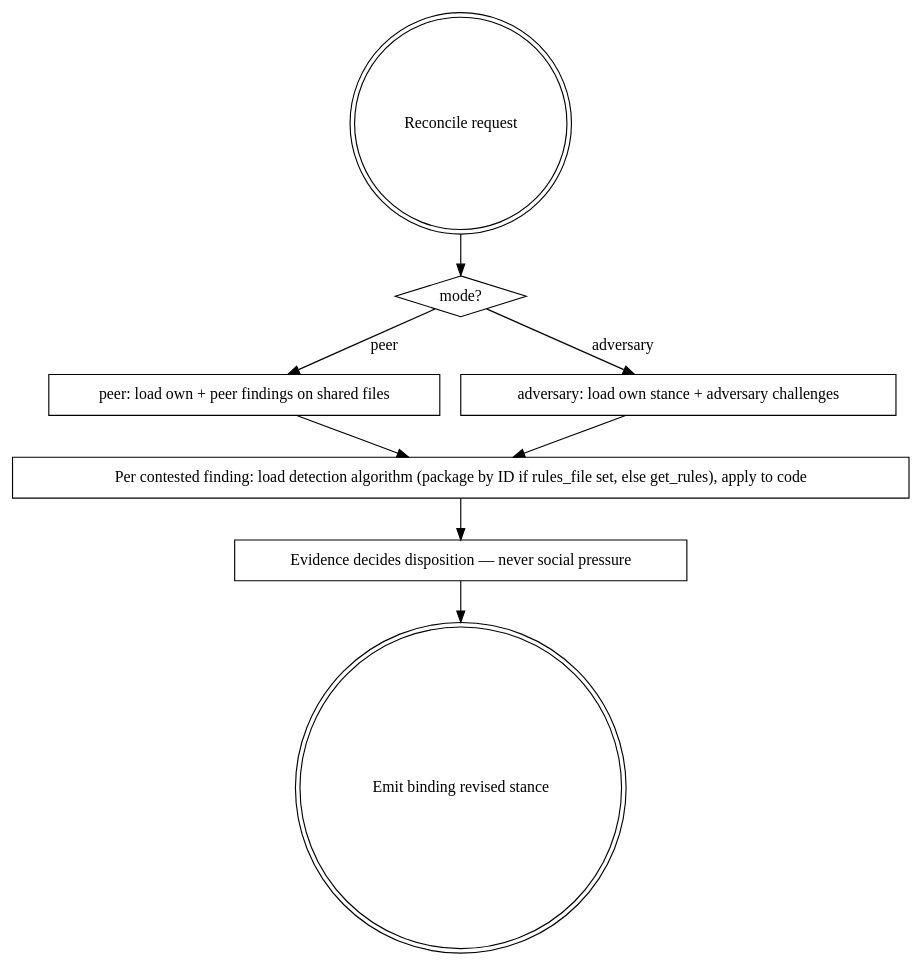
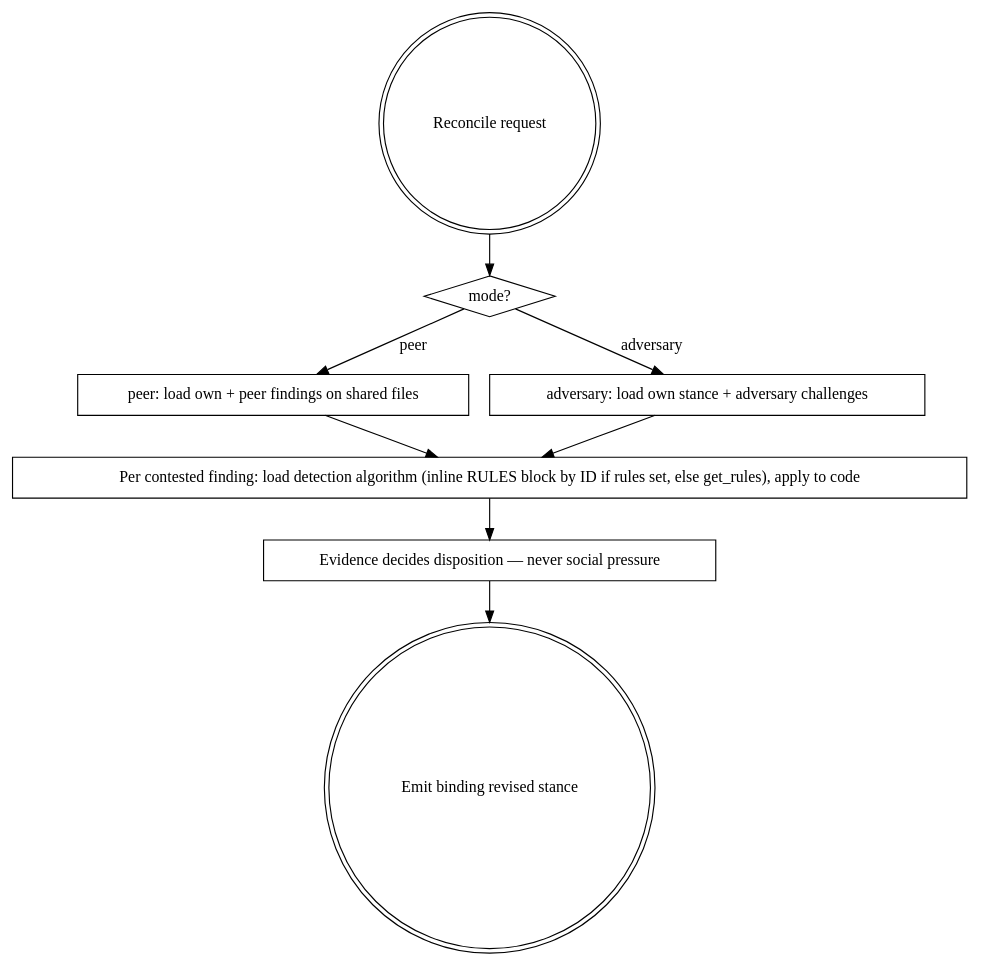
One commit to shopwareLabs/ai-coding-tools changed the diagram in plugins/test-writing/skills/phpunit-unit-test-reconciling/SKILL.md. Above: the diagram before and after it, drawn with Graphviz. The commit also changed other lines of this file and 16 other files, not shown here.

First line of the commit message:
fix(test-writing): deliver team-review rules inline, not by file path

````diff
--- a/plugins/test-writing/skills/phpunit-unit-test-reconciling/SKILL.md
+++ b/plugins/test-writing/skills/phpunit-unit-test-reconciling/SKILL.md
@@ -13,19 +13,19 @@
 ```dot
 digraph reconcile {
   "Reconcile request" [shape=doublecircle];
   "mode?" [shape=diamond];
   "peer: load own + peer findings on shared files" [shape=box];
   "adversary: load own stance + adversary challenges" [shape=box];
-  "Per contested finding: load detection algorithm (package by ID if rules_file set, else get_rules), apply to code" [shape=box];
+  "Per contested finding: load detection algorithm (inline RULES block by ID if rules set, else get_rules), apply to code" [shape=box];
   "Evidence decides disposition — never social pressure" [shape=box];
   "Emit binding revised stance" [shape=doublecircle];
 
   "Reconcile request" -> "mode?";
   "mode?" -> "peer: load own + peer findings on shared files" [label="peer"];
   "mode?" -> "adversary: load own stance + adversary challenges" [label="adversary"];
-  "peer: load own + peer findings on shared files" -> "Per contested finding: load detection algorithm (package by ID if rules_file set, else get_rules), apply to code";
-  "adversary: load own stance + adversary challenges" -> "Per contested finding: load detection algorithm (package by ID if rules_file set, else get_rules), apply to code";
-  "Per contested finding: load detection algorithm (package by ID if rules_file set, else get_rules), apply to code" -> "Evidence decides disposition — never social pressure";
+  "peer: load own + peer findings on shared files" -> "Per contested finding: load detection algorithm (inline RULES block by ID if rules set, else get_rules), apply to code";
+  "adversary: load own stance + adversary challenges" -> "Per contested finding: load detection algorithm (inline RULES block by ID if rules set, else get_rules), apply to code";
+  "Per contested finding: load detection algorithm (inline RULES block by ID if rules set, else get_rules), apply to code" -> "Evidence decides disposition — never social pressure";
   "Evidence decides disposition — never social pressure" -> "Emit binding revised stance";
 }
 ```
````
